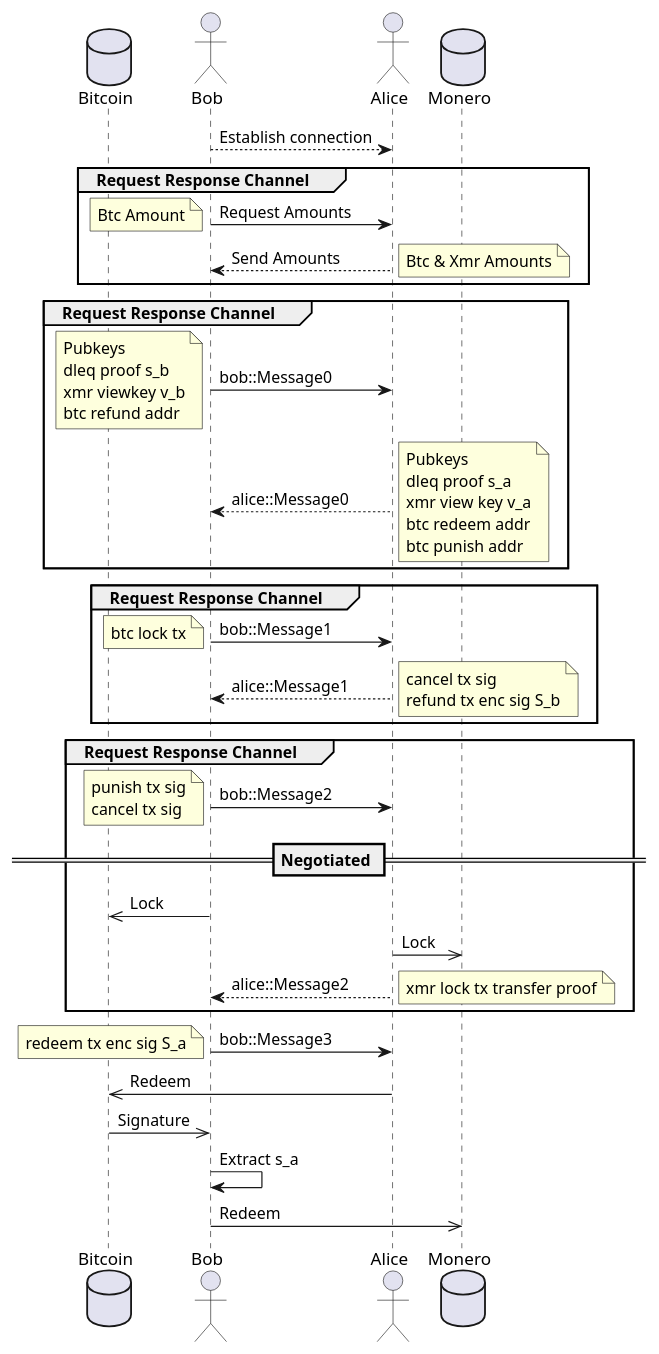
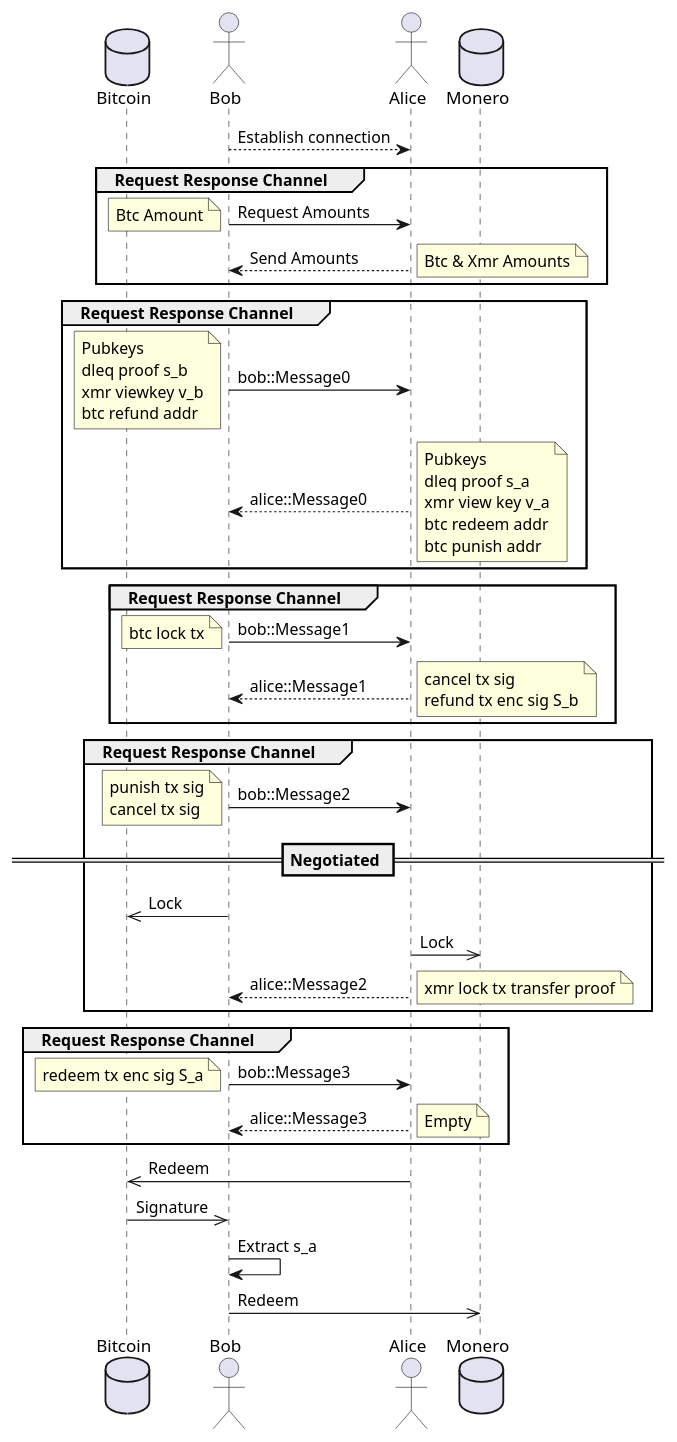
The diagram in docs/sequence.puml (comit-network/xmr-btc-swap), drawn with PlantUML before and after one commit.

Commit message:
Last message is also request response

```diff
--- a/docs/sequence.puml
+++ b/docs/sequence.puml
@@ -1,58 +1,62 @@
 @startuml
 database Bitcoin
 actor Bob
 Actor Alice
 database Monero
 
 Bob --> Alice: Establish connection
 
 group Request Response Channel
     Bob -> Alice: Request Amounts
     note left: Btc Amount
 
     Alice --> Bob: Send Amounts
     note right: Btc & Xmr Amounts
 end
 
 group Request Response Channel
     Bob -> Alice: bob::Message0
     note left: Pubkeys\ndleq proof s_b\nxmr viewkey v_b\nbtc refund addr
 
     Alice --> Bob: alice::Message0
     note right: Pubkeys\ndleq proof s_a\nxmr view key v_a\nbtc redeem addr\nbtc punish addr
 end
 
 group Request Response Channel
     Bob -> Alice: bob::Message1
     note left: btc lock tx
 
     Alice --> Bob: alice::Message1
     note right: cancel tx sig\nrefund tx enc sig S_b
 end
 
 group Request Response Channel
     Bob -> Alice: bob::Message2
     note left: punish tx sig\ncancel tx sig
 
 == Negotiated ==
 
     Bob ->> Bitcoin: Lock
 
     Alice ->> Monero: Lock
 
     Alice --> Bob: alice::Message2
     note right: xmr lock tx transfer proof
 end
 
+group Request Response Channel
     Bob -> Alice: bob::Message3
     note left: redeem tx enc sig S_a
+    Alice --> Bob: alice::Message3
+    note right: Empty
+end
 
     Alice ->> Bitcoin: Redeem
 
     Bitcoin ->> Bob: Signature
 
     Bob -> Bob: Extract s_a
 
     Bob ->> Monero: Redeem
 
 @enduml
```
